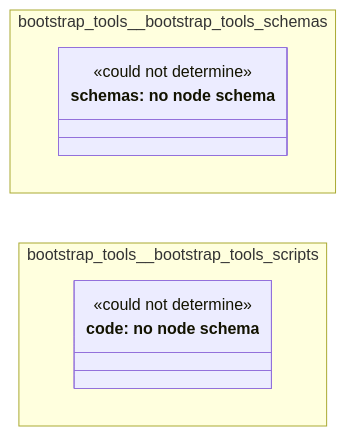
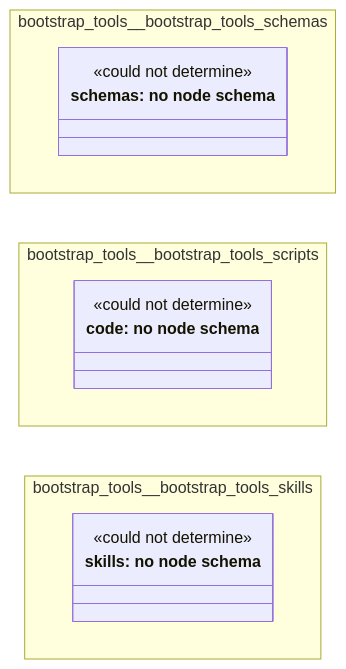
One commit to litlfred/folio-assistant changed the diagram in cat-harness/docs/uml/overview/bootstrap-tools.md. Above: the diagram before and after it, drawn with Mermaid. The commit also changed other lines of this file and 48 other files, not shown here.

First line of the commit message:
bootstrap-tools: regenerate artefacts for the ported skill (l9d5)

````diff
--- a/cat-harness/docs/uml/overview/bootstrap-tools.md
+++ b/cat-harness/docs/uml/overview/bootstrap-tools.md
@@ -44,18 +46,25 @@
 ```mermaid
 classDiagram
   direction LR
   namespace bootstrap_tools__bootstrap_tools_schemas {
     class n_bootstrap_tools_bootstrap_tools_schemas_schemas["schemas: no node schema"] {
       <<could not determine>>
     }
   }
   namespace bootstrap_tools__bootstrap_tools_scripts {
     class n_bootstrap_tools_bootstrap_tools_scripts_code["code: no node schema"] {
       <<could not determine>>
     }
   }
+  namespace bootstrap_tools__bootstrap_tools_skills {
+    class n_bootstrap_tools_bootstrap_tools_skills_skills["skills: no node schema"] {
+      <<could not determine>>
+    }
+  }
   cssClass "n_bootstrap_tools_bootstrap_tools_schemas_schemas" fa_uml_kind_schemas
   cssClass "n_bootstrap_tools_bootstrap_tools_schemas_schemas" fa_uml_undetermined
   cssClass "n_bootstrap_tools_bootstrap_tools_scripts_code" fa_uml_kind_code
   cssClass "n_bootstrap_tools_bootstrap_tools_scripts_code" fa_uml_undetermined
+  cssClass "n_bootstrap_tools_bootstrap_tools_skills_skills" fa_uml_kind_skills
+  cssClass "n_bootstrap_tools_bootstrap_tools_skills_skills" fa_uml_undetermined
 ```
````
